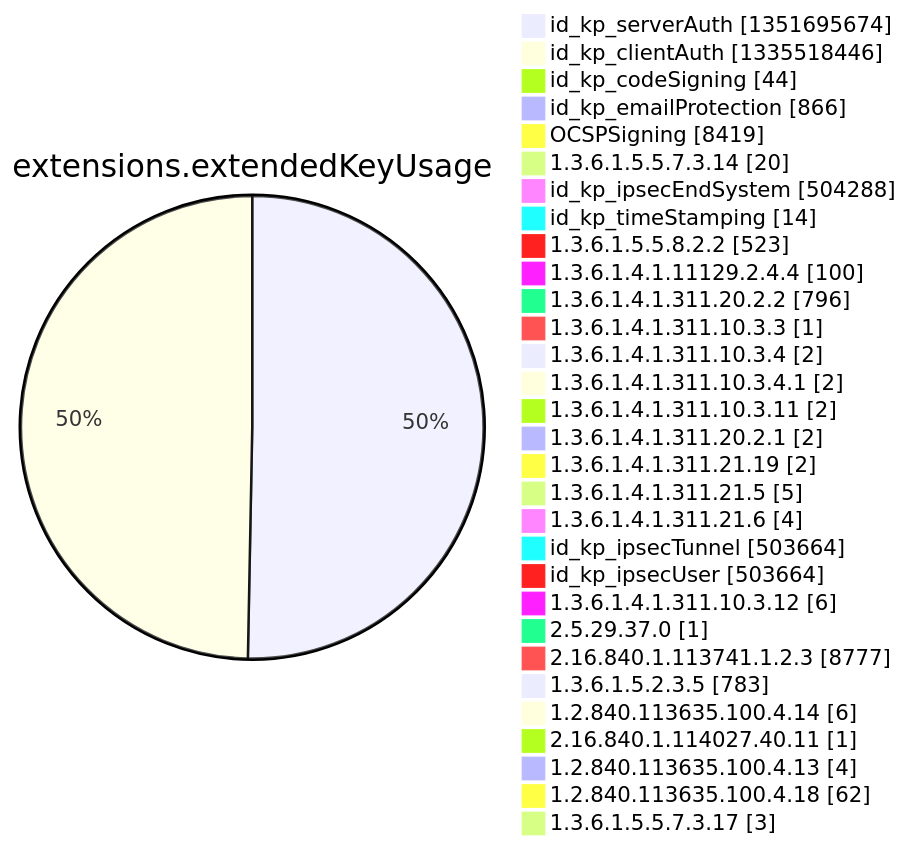
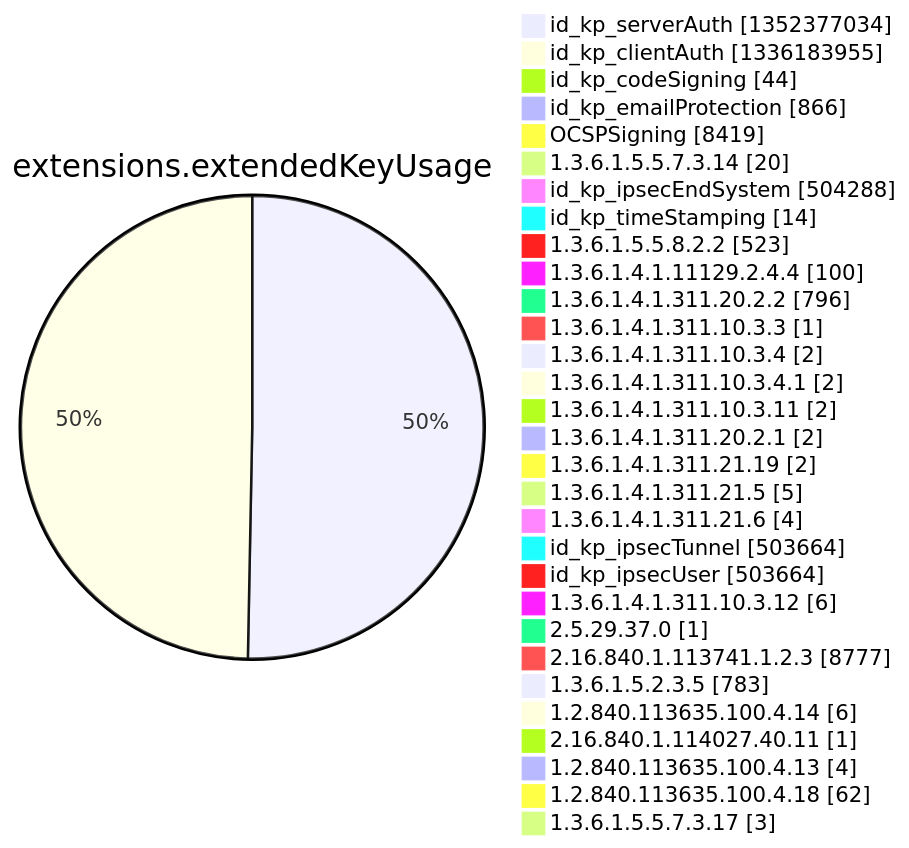
Diagram 12 of 15 in argon2022/README.md (christiankrug/ctmonitor_visualization), drawn with Mermaid before and after one commit. The commit also changed other lines of this file, not shown here.

````diff
--- a/argon2022/README.md
+++ b/argon2022/README.md
@@ -3553,34 +3553,34 @@
 ```mermaid
 pie showData
 title extensions.extendedKeyUsage
-"id_kp_serverAuth" :1351695674
-"id_kp_clientAuth" :1335518446
+"id_kp_serverAuth" :1352377034
+"id_kp_clientAuth" :1336183955
 "id_kp_codeSigning" :44
 "id_kp_emailProtection" :866
 "OCSPSigning" :8419
 "1.3.6.1.5.5.7.3.14" :20
 "id_kp_ipsecEndSystem" :504288
 "id_kp_timeStamping" :14
 "1.3.6.1.5.5.8.2.2" :523
 "1.3.6.1.4.1.11129.2.4.4" :100
 "1.3.6.1.4.1.311.20.2.2" :796
 "1.3.6.1.4.1.311.10.3.3" :1
 "1.3.6.1.4.1.311.10.3.4" :2
 "1.3.6.1.4.1.311.10.3.4.1" :2
 "1.3.6.1.4.1.311.10.3.11" :2
 "1.3.6.1.4.1.311.20.2.1" :2
 "1.3.6.1.4.1.311.21.19" :2
 "1.3.6.1.4.1.311.21.5" :5
 "1.3.6.1.4.1.311.21.6" :4
 "id_kp_ipsecTunnel" :503664
 "id_kp_ipsecUser" :503664
 "1.3.6.1.4.1.311.10.3.12" :6
 "2.5.29.37.0" :1
 "2.16.840.1.113741.1.2.3" :8777
 "1.3.6.1.5.2.3.5" :783
 "1.2.840.113635.100.4.14" :6
 "2.16.840.1.114027.40.11" :1
 "1.2.840.113635.100.4.13" :4
 "1.2.840.113635.100.4.18" :62
 "1.3.6.1.5.5.7.3.17" :3
 ```
````
